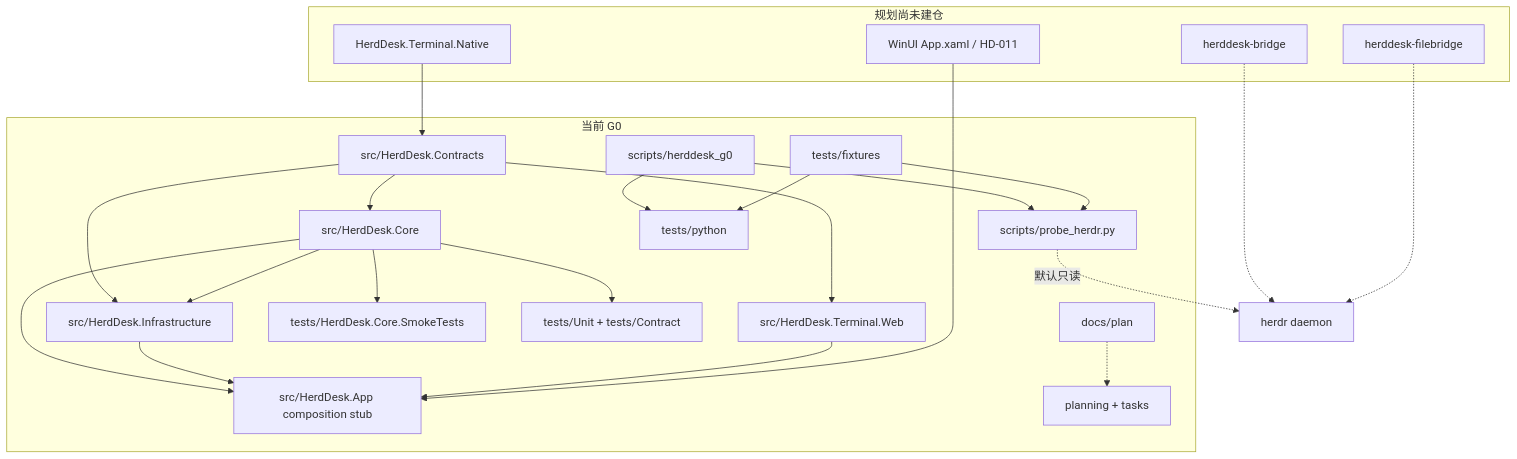
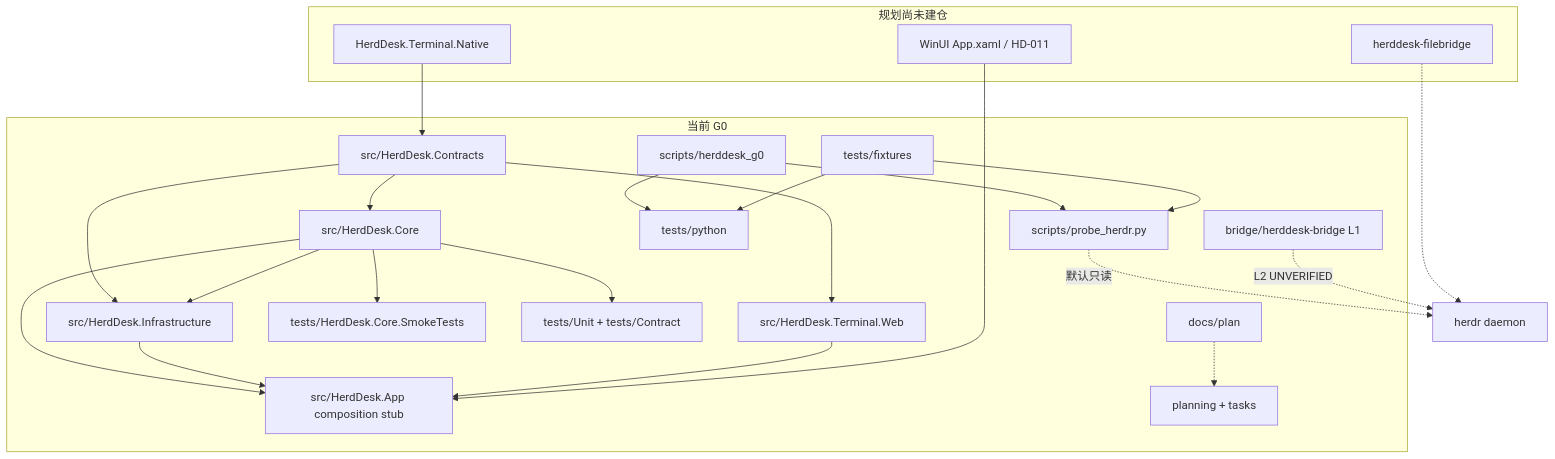
The diagram in CLAUDE.md (bahayonghang/HerdrDesk), drawn with Mermaid before and after one commit. The commit also changed other lines of this file and 54 other files, not shown here.

````diff
--- a/CLAUDE.md
+++ b/CLAUDE.md
@@ -32,44 +32,44 @@
 ```mermaid
 flowchart TB
   subgraph current [当前 G0]
     Contracts["src/HerdDesk.Contracts"]
     Core["src/HerdDesk.Core"]
     Infra["src/HerdDesk.Infrastructure"]
     WebTerm["src/HerdDesk.Terminal.Web"]
     App["src/HerdDesk.App composition stub"]
     Smoke["tests/HerdDesk.Core.SmokeTests"]
     Unit["tests/Unit + tests/Contract"]
     Proto["scripts/herddesk_g0"]
     Probe["scripts/probe_herdr.py"]
     PyTests["tests/python"]
     Fixtures["tests/fixtures"]
     PlanDocs["docs/plan"]
     Active["planning + tasks"]
     Contracts --> Core
     Contracts --> Infra
     Core --> Infra
     Contracts --> WebTerm
     Core --> App
     Infra --> App
     WebTerm --> App
     Core --> Smoke
     Core --> Unit
     Proto --> Probe
     Proto --> PyTests
     Fixtures --> PyTests
     Fixtures --> Probe
     PlanDocs -.-> Active
+    Bridge["bridge/herddesk-bridge L1"]
   end
   subgraph planned [规划尚未建仓]
     NativeTerm["HerdDesk.Terminal.Native"]
     WinUiShell["WinUI App.xaml / HD-011"]
-    Bridge["herddesk-bridge"]
     FileBr["herddesk-filebridge"]
     NativeTerm --> Contracts
     WinUiShell --> App
   end
   herdr["herdr daemon"]
   Probe -.->|默认只读| herdr
-  Bridge -.-> herdr
+  Bridge -.->|L2 UNVERIFIED| herdr
   FileBr -.-> herdr
 ```
````
